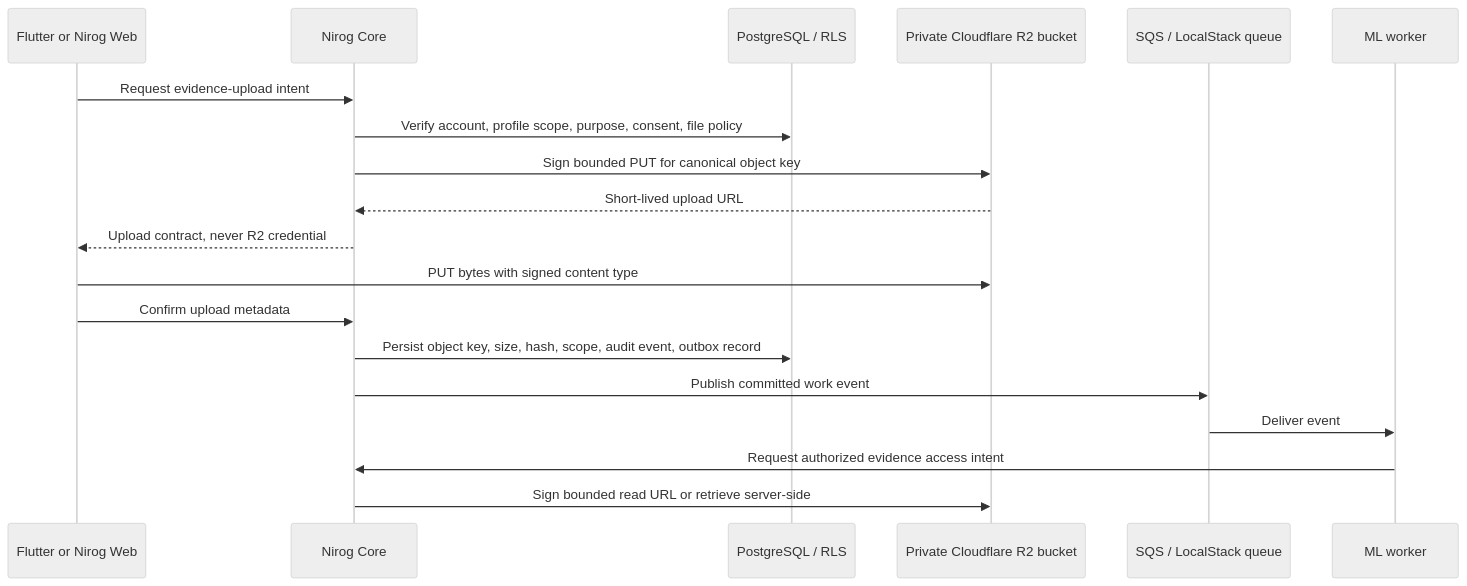
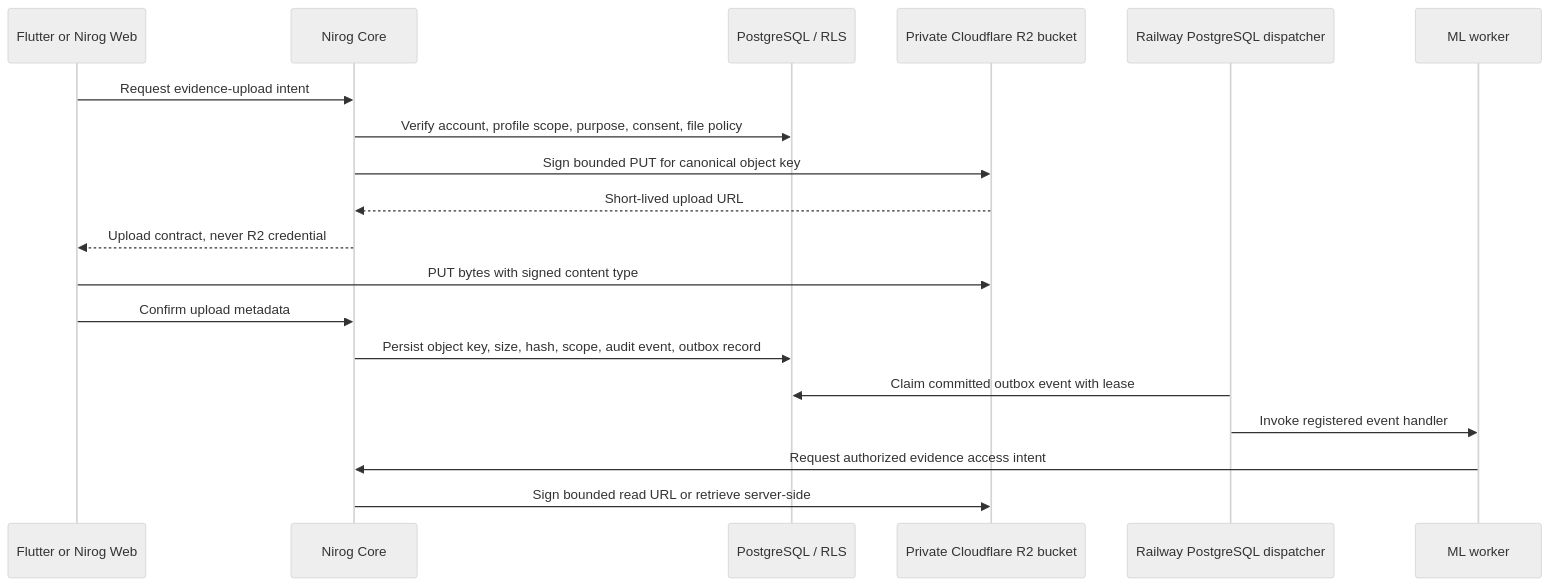
Before and after one commit to Paradox-Tech-BD/nirog-storybook: the diagram in docs/nirog/implementation-inception/11-cloudflare-r2-evidence-storage.md, drawn with Mermaid (neutral theme). The commit also changed other lines of this file and 10 other files, not shown here.

Commit message:
docs: replace SQS with Railway PostgreSQL outbox

````diff
--- a/docs/nirog/implementation-inception/11-cloudflare-r2-evidence-storage.md
+++ b/docs/nirog/implementation-inception/11-cloudflare-r2-evidence-storage.md
@@ -16,22 +16,22 @@
 ```mermaid
 sequenceDiagram
     participant Client as Flutter or Nirog Web
     participant Core as Nirog Core
     participant DB as PostgreSQL / RLS
     participant R2 as Private Cloudflare R2 bucket
-    participant Queue as SQS / LocalStack queue
+    participant Dispatcher as Railway PostgreSQL dispatcher
     participant Worker as ML worker
 
     Client->>Core: Request evidence-upload intent
     Core->>DB: Verify account, profile scope, purpose, consent, file policy
     Core->>R2: Sign bounded PUT for canonical object key
     R2-->>Core: Short-lived upload URL
     Core-->>Client: Upload contract, never R2 credential
     Client->>R2: PUT bytes with signed content type
     Client->>Core: Confirm upload metadata
     Core->>DB: Persist object key, size, hash, scope, audit event, outbox record
-    Core->>Queue: Publish committed work event
-    Queue->>Worker: Deliver event
+    Dispatcher->>DB: Claim committed outbox event with lease
+    Dispatcher->>Worker: Invoke registered event handler
     Worker->>Core: Request authorized evidence access intent
     Core->>R2: Sign bounded read URL or retrieve server-side
 ```
````
